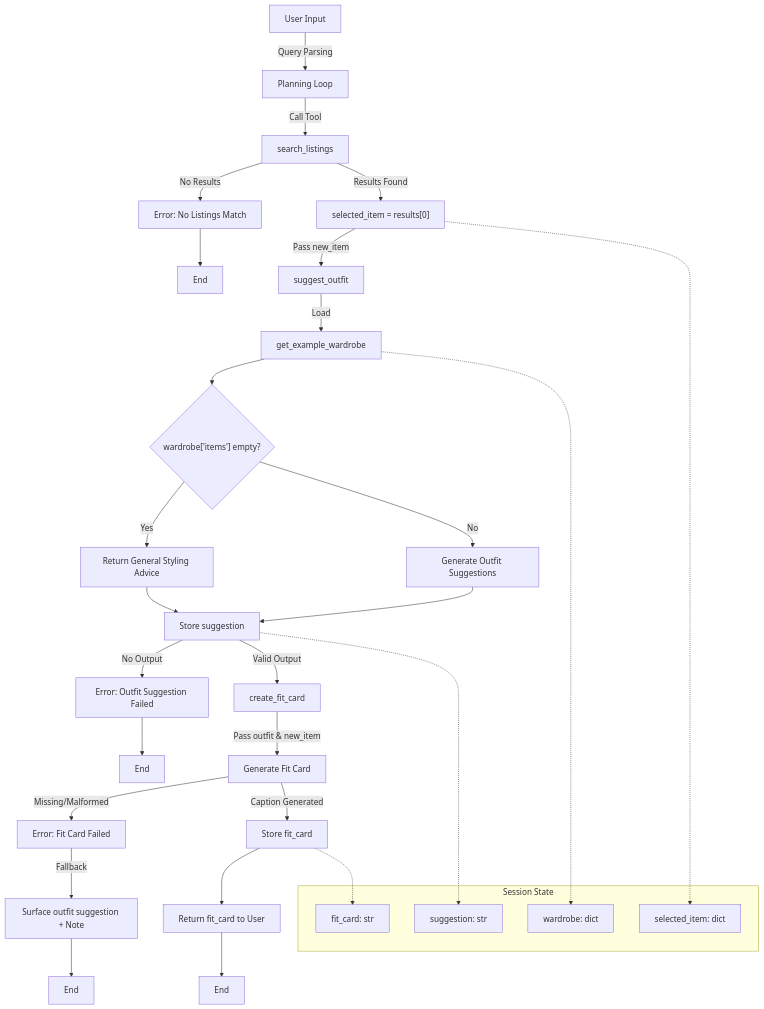
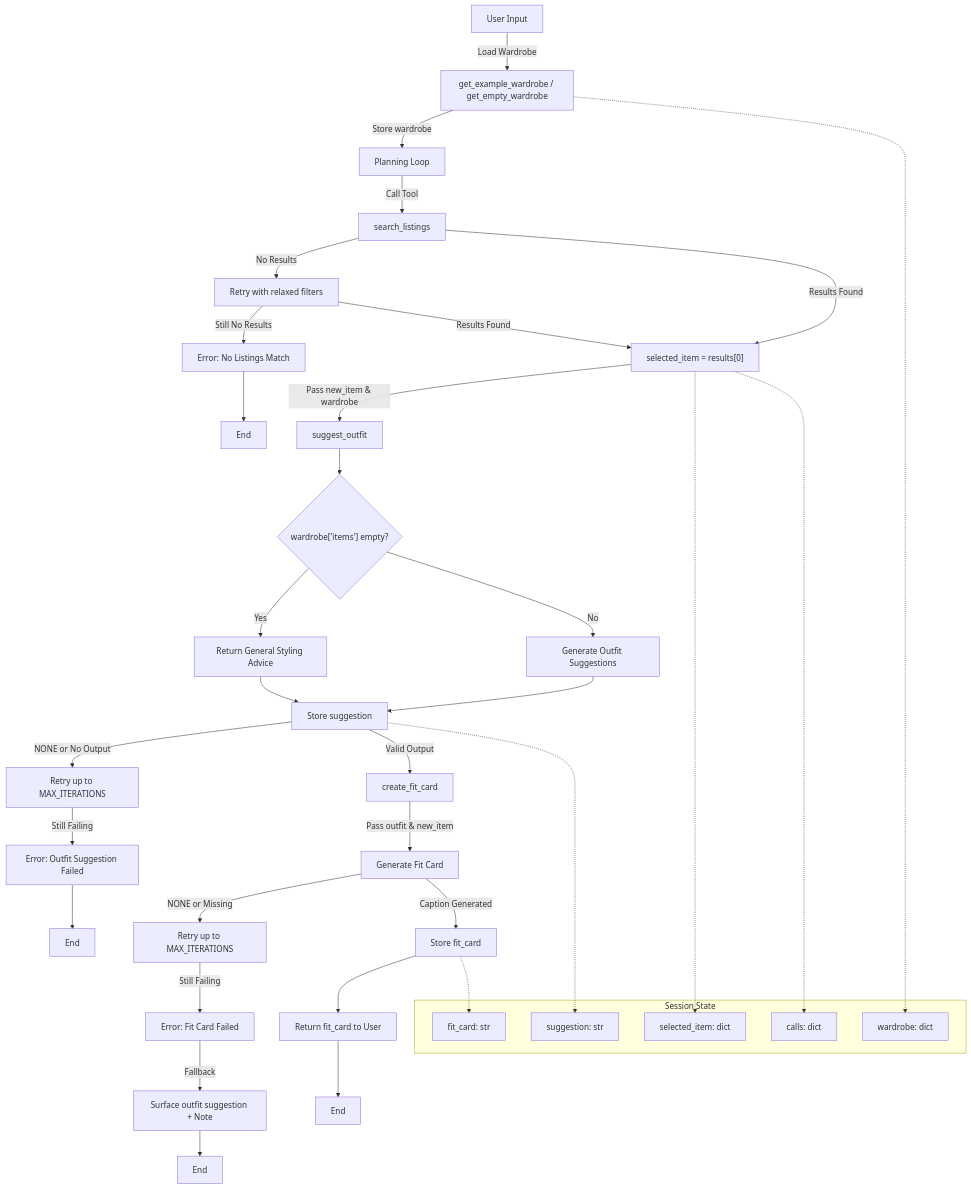
The diagram in planning.md (KerolosAssad/ai201-project2-fitfindr-starter), drawn with Mermaid before and after one commit. The commit also changed other lines of this file and 6 other files, not shown here.

Commit message:
Milestones 4-6: implement planning loop, handle_query in app.py, error handling, retry logic, LLM query parsing, and update README and planning.md

````diff
--- a/planning.md
+++ b/planning.md
@@ -128,45 +111,52 @@
 ```mermaid
 graph TD
-    UserInput[User Input] -->|Query Parsing| PlanningLoop[Planning Loop]
+    UserInput[User Input] -->|Load Wardrobe| GetWardrobe[get_example_wardrobe / get_empty_wardrobe]
+    GetWardrobe -->|Store wardrobe| PlanningLoop[Planning Loop]
     PlanningLoop -->|Call Tool| SearchListings[search_listings]
 
-    SearchListings -->|No Results| ErrorNoMatch[Error: No Listings Match]
+    SearchListings -->|No Results| RetrySearch[Retry with relaxed filters]
+    RetrySearch -->|Still No Results| ErrorNoMatch[Error: No Listings Match]
     ErrorNoMatch --> End1[End]
 
     SearchListings -->|Results Found| StoreSelected["selected_item = results[0]"]
-    StoreSelected -->|Pass new_item| SuggestOutfit[suggest_outfit]
+    RetrySearch -->|Results Found| StoreSelected
 
-    SuggestOutfit -->|Load| GetWardrobe[get_example_wardrobe]
-    GetWardrobe --> CheckItems{"wardrobe['items'] empty?"}
+    StoreSelected -->|Pass new_item & wardrobe| SuggestOutfit[suggest_outfit]
+
+    SuggestOutfit --> CheckItems{"wardrobe['items'] empty?"}
     CheckItems -->|Yes| FallbackAdvice[Return General Styling Advice]
     CheckItems -->|No| GenerateOutfit[Generate Outfit Suggestions]
 
     FallbackAdvice --> StoreOutfit[Store suggestion]
     GenerateOutfit --> StoreOutfit
 
-    StoreOutfit -->|No Output| ErrorOutfitFail[Error: Outfit Suggestion Failed]
+    StoreOutfit -->|NONE or No Output| RetryOutfit[Retry up to MAX_ITERATIONS]
+    RetryOutfit -->|Still Failing| ErrorOutfitFail[Error: Outfit Suggestion Failed]
     ErrorOutfitFail --> End2[End]
 
     StoreOutfit -->|Valid Output| CreateFitCard[create_fit_card]
     CreateFitCard -->|Pass outfit & new_item| GenerateFitCard[Generate Fit Card]
 
-    GenerateFitCard -->|Missing/Malformed| ErrorFitCardFail[Error: Fit Card Failed]
+    GenerateFitCard -->|NONE or Missing| RetryFitCard[Retry up to MAX_ITERATIONS]
+    RetryFitCard -->|Still Failing| ErrorFitCardFail[Error: Fit Card Failed]
     ErrorFitCardFail -->|Fallback| SurfaceOutfit[Surface outfit suggestion + Note]
     SurfaceOutfit --> End3[End]
 
     GenerateFitCard -->|Caption Generated| StoreFitCard[Store fit_card]
     StoreFitCard --> FinalOutput[Return fit_card to User]
     FinalOutput --> End4[End]
 
     subgraph SessionState ["Session State"]
         StateVar1["selected_item: dict"]
         StateVar2["suggestion: str"]
         StateVar3["wardrobe: dict"]
         StateVar4["fit_card: str"]
+        StateVar5["calls: dict"]
     end
 
     StoreSelected -.-> StateVar1
     StoreOutfit -.-> StateVar2
     GetWardrobe -.-> StateVar3
     StoreFitCard -.-> StateVar4
+    StoreSelected -.-> StateVar5
 ```
````
